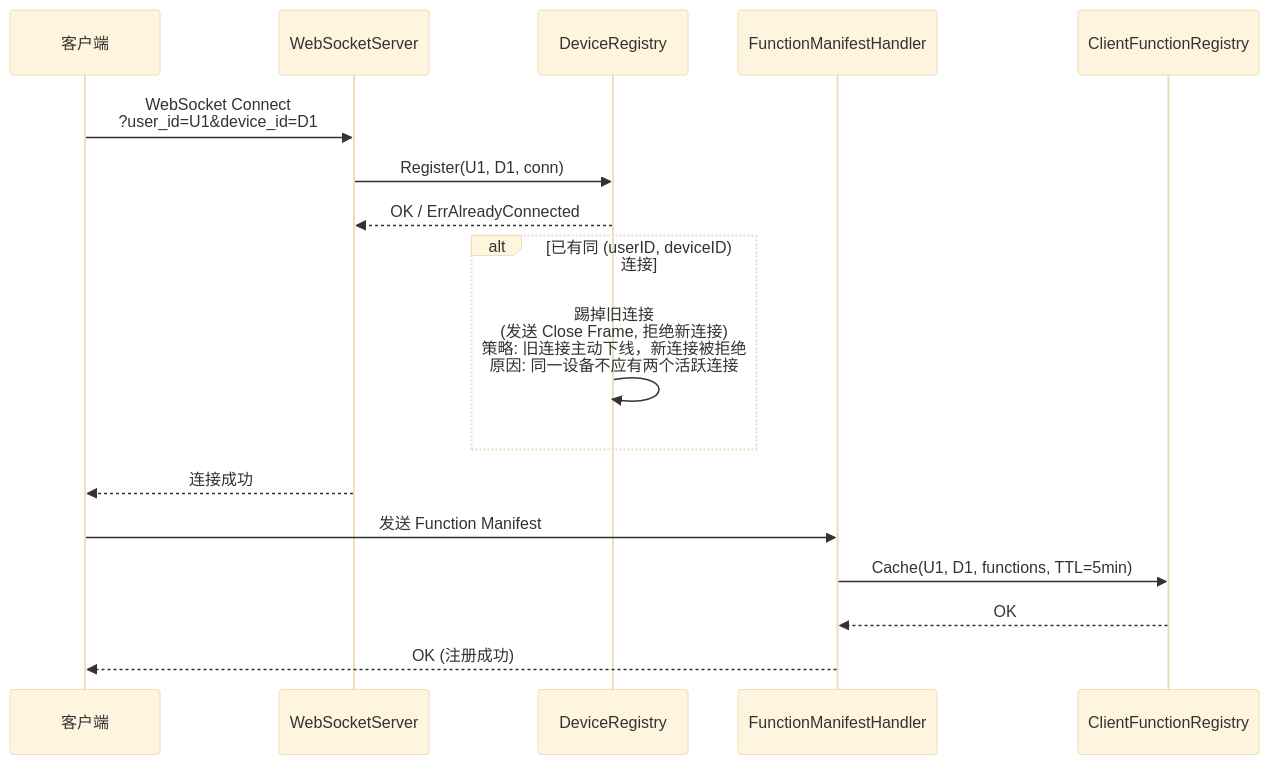
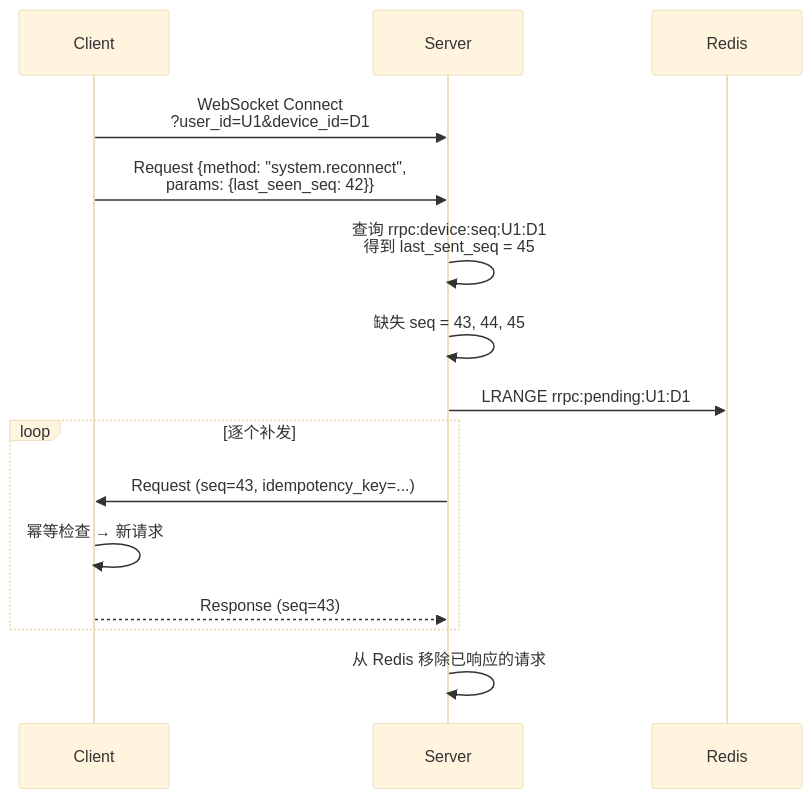
One commit to PineappleBond/xyncra-server changed the fifth of 6 diagrams in docs/DESIGN_CLIENT_FUNCTION_AGENT_TOOLS.md. Above: the diagram before and after it, drawn with Mermaid (base theme). The commit also changed other lines of this file, not shown here.

````diff
--- a/docs/DESIGN_CLIENT_FUNCTION_AGENT_TOOLS.md
+++ b/docs/DESIGN_CLIENT_FUNCTION_AGENT_TOOLS.md
@@ -643,22 +523,20 @@
 ```mermaid
 sequenceDiagram
-    participant Client as 客户端
-    participant WS as WebSocketServer
-    participant DR as DeviceRegistry
-    participant FMR as FunctionManifestHandler
-    participant CFR as ClientFunctionRegistry
+    participant Client
+    participant Server
 
-    Client->>WS: WebSocket Connect<br/>?user_id=U1&device_id=D1
-    WS->>DR: Register(U1, D1, conn)
-    DR-->>WS: OK / ErrAlreadyConnected
+    Client->>Server: WebSocket Connect<br/>?user_id=U1&device_id=D1
+    Client->>Server: Request {method: "system.reconnect",<br/>params: {last_seen_seq: 42}}
 
-    alt 已有同 (userID, deviceID) 连接
-        DR->>DR: 踢掉旧连接<br/>(发送 Close Frame, 拒绝新连接)<br/>策略: 旧连接主动下线，新连接被拒绝<br/>原因: 同一设备不应有两个活跃连接
+    Server->>Server: 查询 rrpc:device:seq:U1:D1<br/>得到 last_sent_seq = 45
+    Server->>Server: 缺失 seq = 43, 44, 45
+    Server->>Redis: LRANGE rrpc:pending:U1:D1
+
+    loop 逐个补发
+        Server->>Client: Request (seq=43, idempotency_key=...)
+        Client->>Client: 幂等检查 → 新请求
+        Client-->>Server: Response (seq=43)
     end
 
-    WS-->>Client: 连接成功
-    Client->>FMR: 发送 Function Manifest
-    FMR->>CFR: Cache(U1, D1, functions, TTL=5min)
-    CFR-->>FMR: OK
-    FMR-->>Client: OK (注册成功)
+    Server->>Server: 从 Redis 移除已响应的请求
 ```
````
